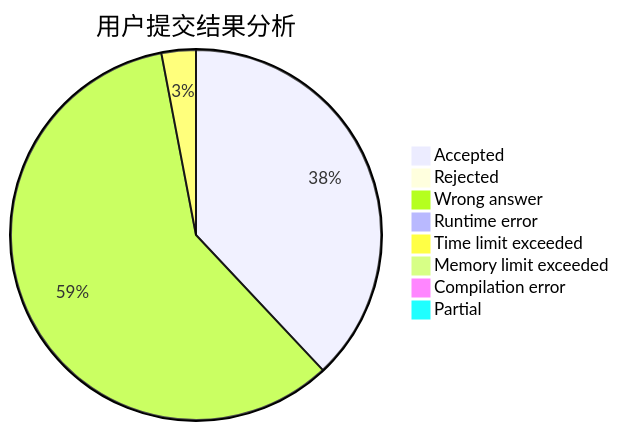
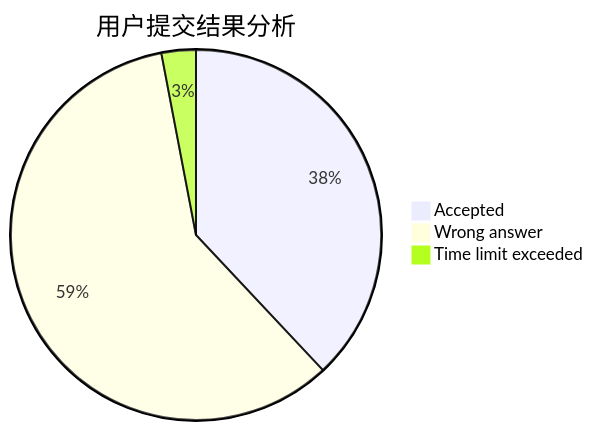
One commit to sherpahu/cfrs.github.io changed the first of 3 diagrams in docs/user/u1549.md. Above: the diagram before and after it, drawn with Mermaid. The commit also changed 2770 other files, not shown here.

````diff
--- a/docs/user/u1549.md
+++ b/docs/user/u1549.md
@@ -5,11 +5,6 @@
 ```mermaid
 pie title 用户提交结果分析
     "Accepted" :  38
-    "Rejected" :  0
     "Wrong answer" :  59
-    "Runtime error" :  0
     "Time limit exceeded" :  3
-    "Memory limit exceeded" :  0
-    "Compilation error" :  0
-    "Partial" :  0
 ```
````
